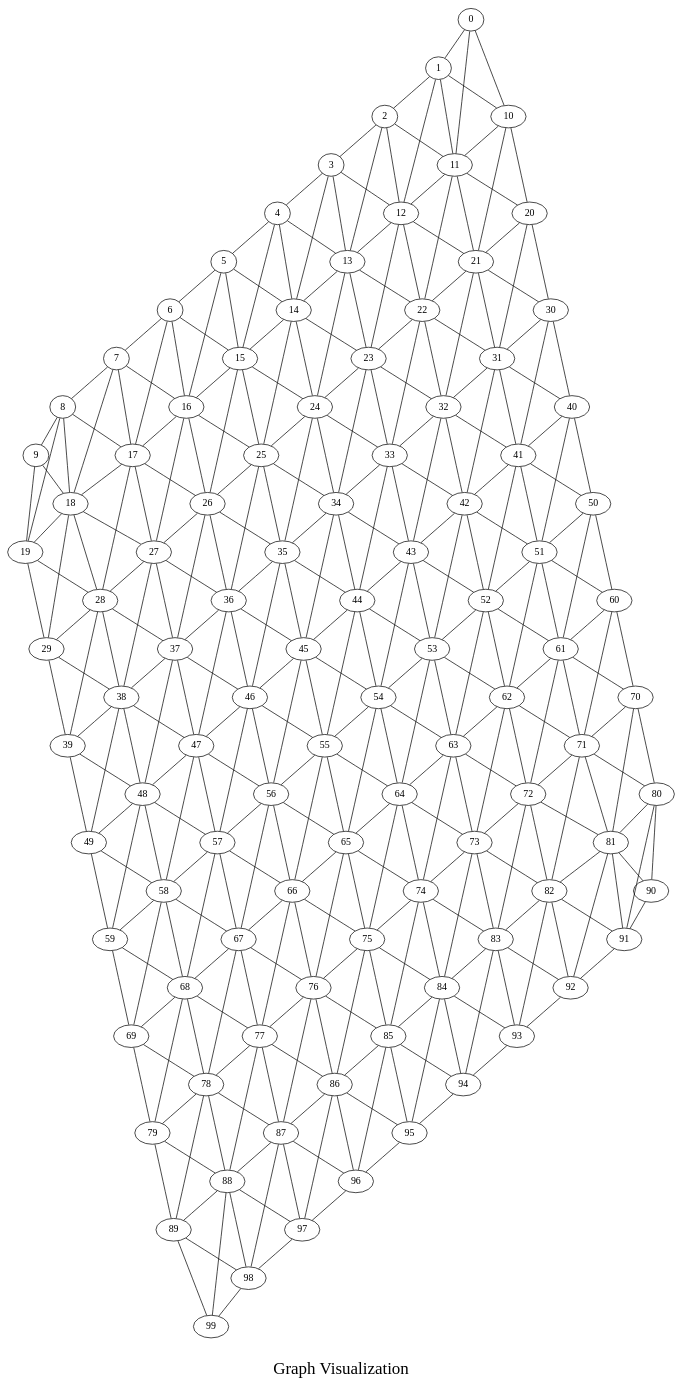
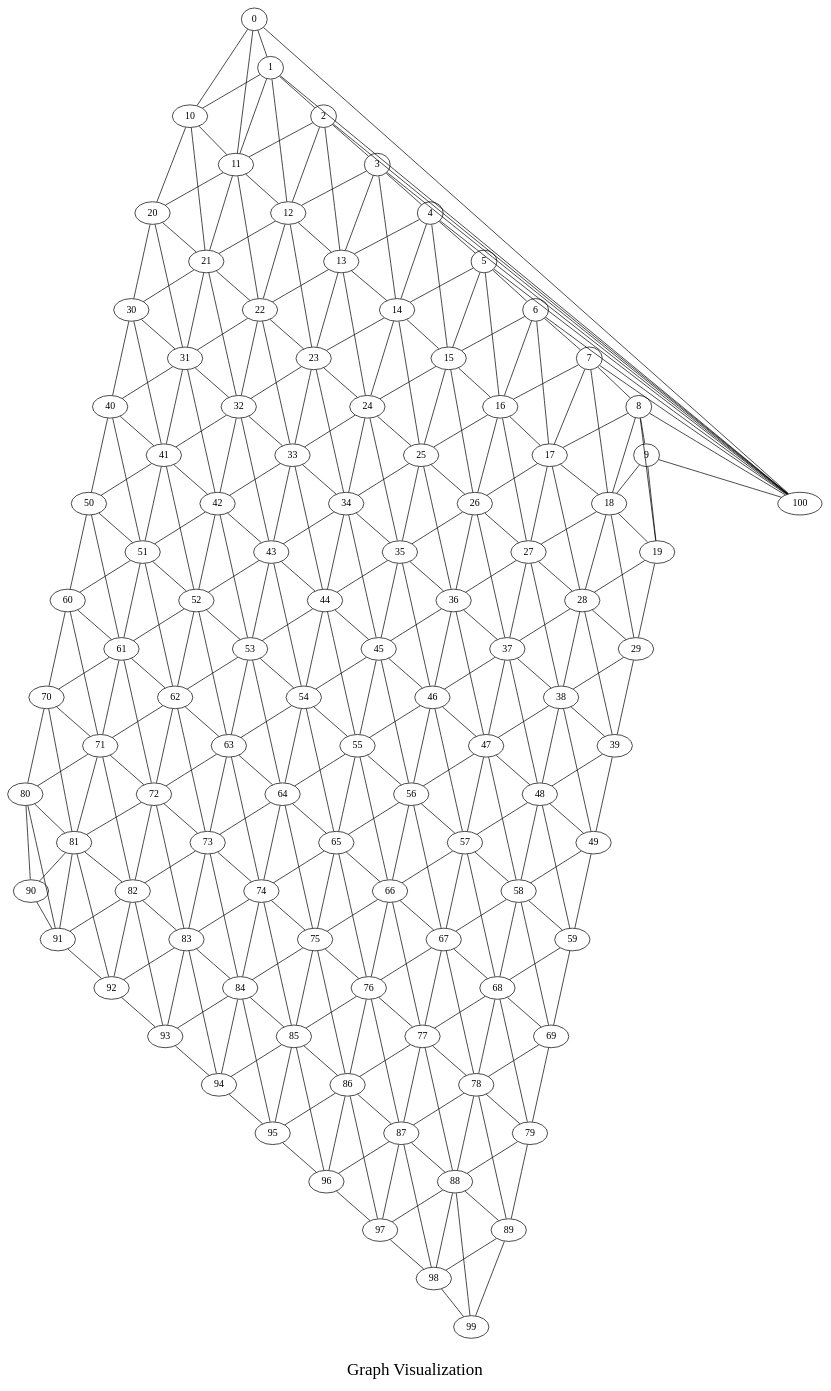
The diagram in output/graph.dot (8michael8/GraSPI_SNAP), drawn with Graphviz before and after one commit. The commit also changed 16 other files, not shown here.

```diff
--- a/output/graph.dot
+++ b/output/graph.dot
@@ -105,43 +105,54 @@
   97 ;
   98 ;
   99 ;
+  100 ;
   0 -- 1;
   0 -- 10;
   0 -- 11;
+  0 -- 100;
   1 -- 2;
   1 -- 10;
   1 -- 11;
   1 -- 12;
+  1 -- 100;
   2 -- 3;
   2 -- 11;
   2 -- 12;
   2 -- 13;
+  2 -- 100;
   3 -- 4;
   3 -- 12;
   3 -- 13;
   3 -- 14;
+  3 -- 100;
   4 -- 5;
   4 -- 13;
   4 -- 14;
   4 -- 15;
+  4 -- 100;
   5 -- 6;
   5 -- 14;
   5 -- 15;
   5 -- 16;
+  5 -- 100;
   6 -- 7;
   6 -- 15;
   6 -- 16;
   6 -- 17;
+  6 -- 100;
   7 -- 8;
   7 -- 16;
   7 -- 17;
   7 -- 18;
+  7 -- 100;
   8 -- 9;
   8 -- 17;
   8 -- 18;
   8 -- 19;
+  8 -- 100;
   9 -- 18;
   9 -- 19;
+  9 -- 100;
   10 -- 11;
   10 -- 20;
   10 -- 21;
```
